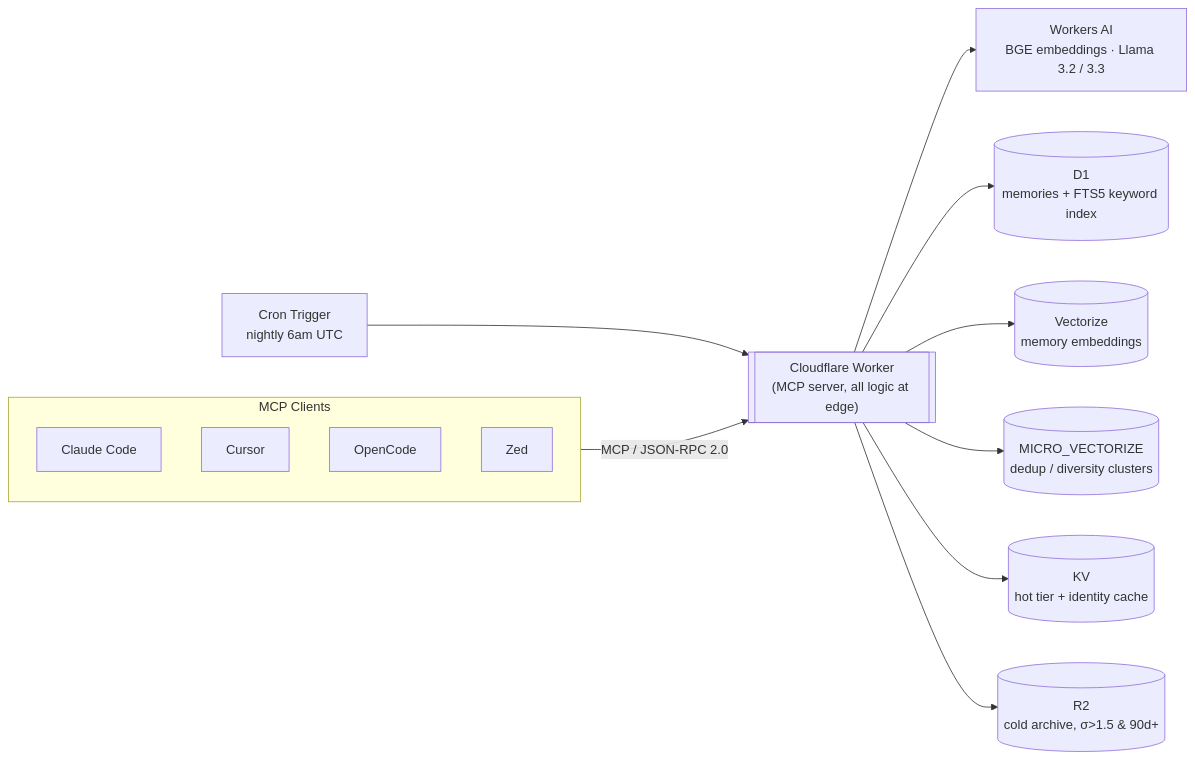
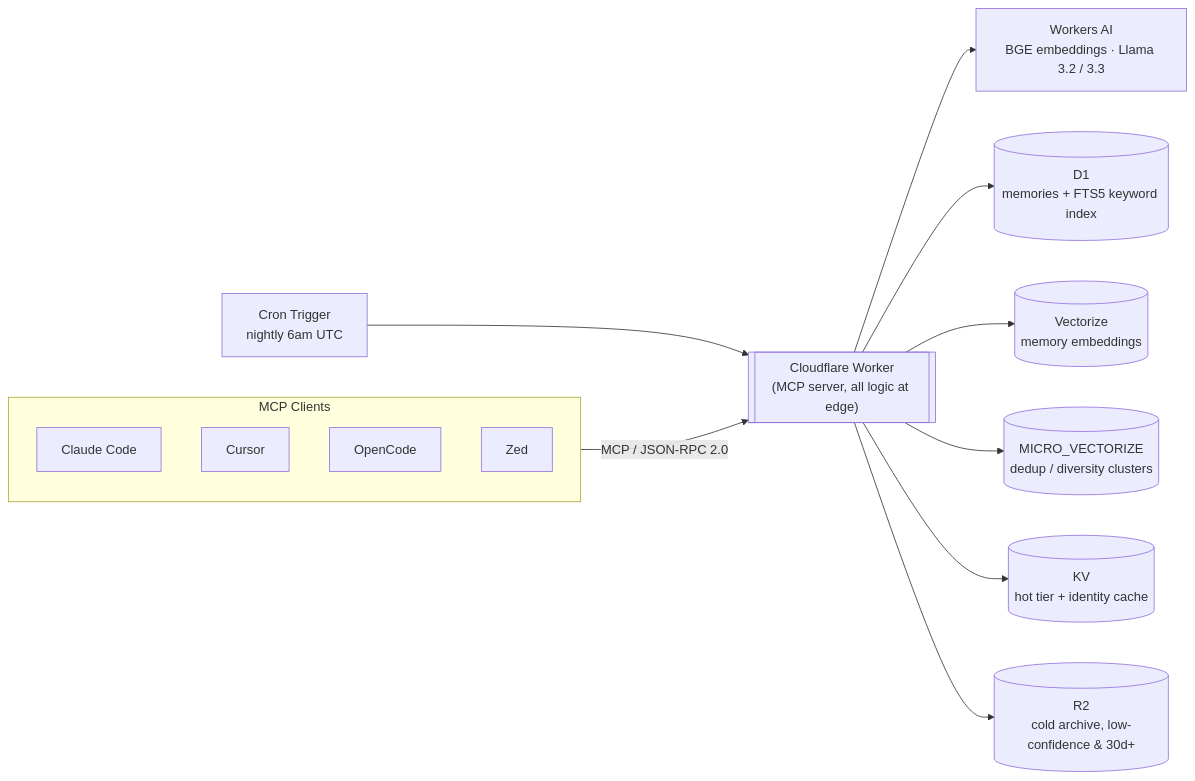
The diagram in README.md (LohitJaga/gaussian-memory-worker), drawn with Mermaid before and after one commit. The commit also changed other lines of this file, not shown here.

````diff
--- a/README.md
+++ b/README.md
@@ -290,20 +326,20 @@
 ```mermaid
 flowchart LR
     subgraph Clients["MCP Clients"]
         CC[Claude Code]
         CU[Cursor]
         OC[OpenCode]
         ZD[Zed]
     end
 
     Clients -->|MCP / JSON-RPC 2.0| W[["Cloudflare Worker<br/>(MCP server, all logic at edge)"]]
 
     W --> AI[Workers AI<br/>BGE embeddings · Llama 3.2 / 3.3]
     W --> DB[(D1<br/>memories + FTS5 keyword index)]
     W --> VEC[(Vectorize<br/>memory embeddings)]
     W --> MC[(MICRO_VECTORIZE<br/>dedup / diversity clusters)]
     W --> KVS[(KV<br/>hot tier + identity cache)]
 
     CRON[Cron Trigger<br/>nightly 6am UTC] --> W
-    W --> R2[(R2<br/>cold archive, σ&gt;1.5 &amp; 90d+)]
+    W --> R2[(R2<br/>cold archive, low-confidence &amp; 30d+)]
 ```
````
